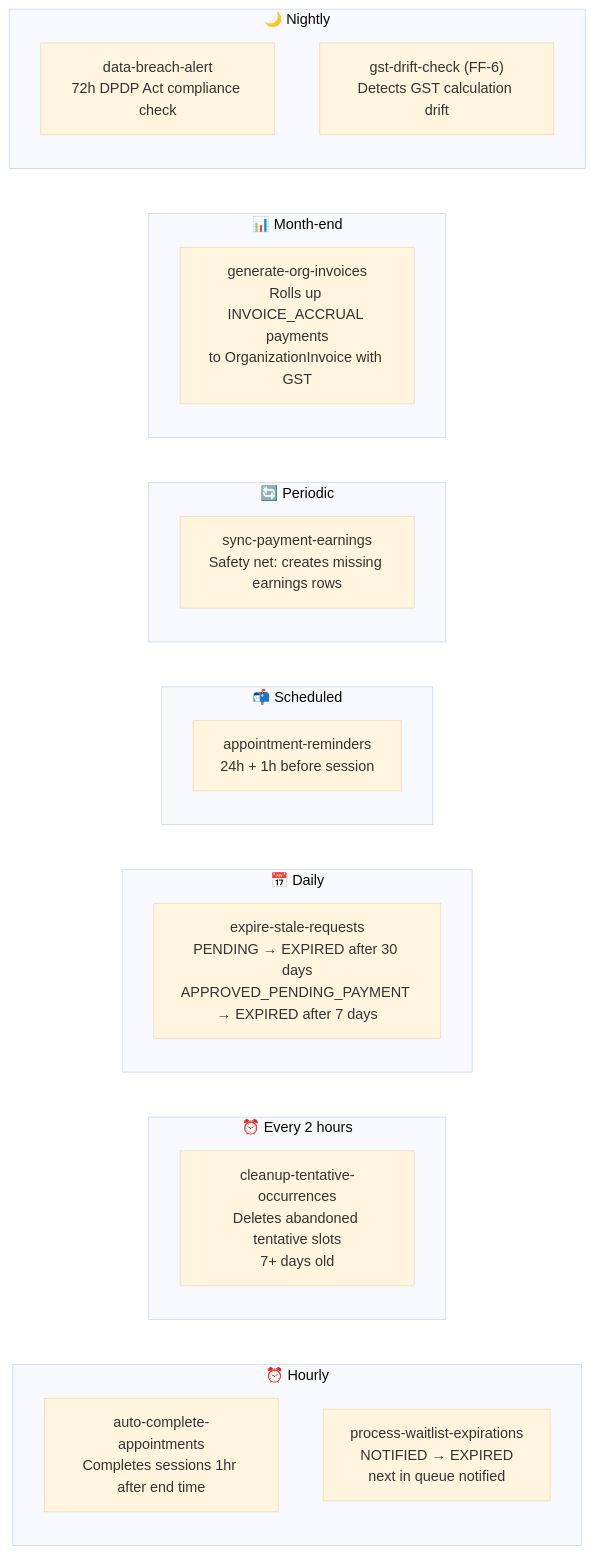
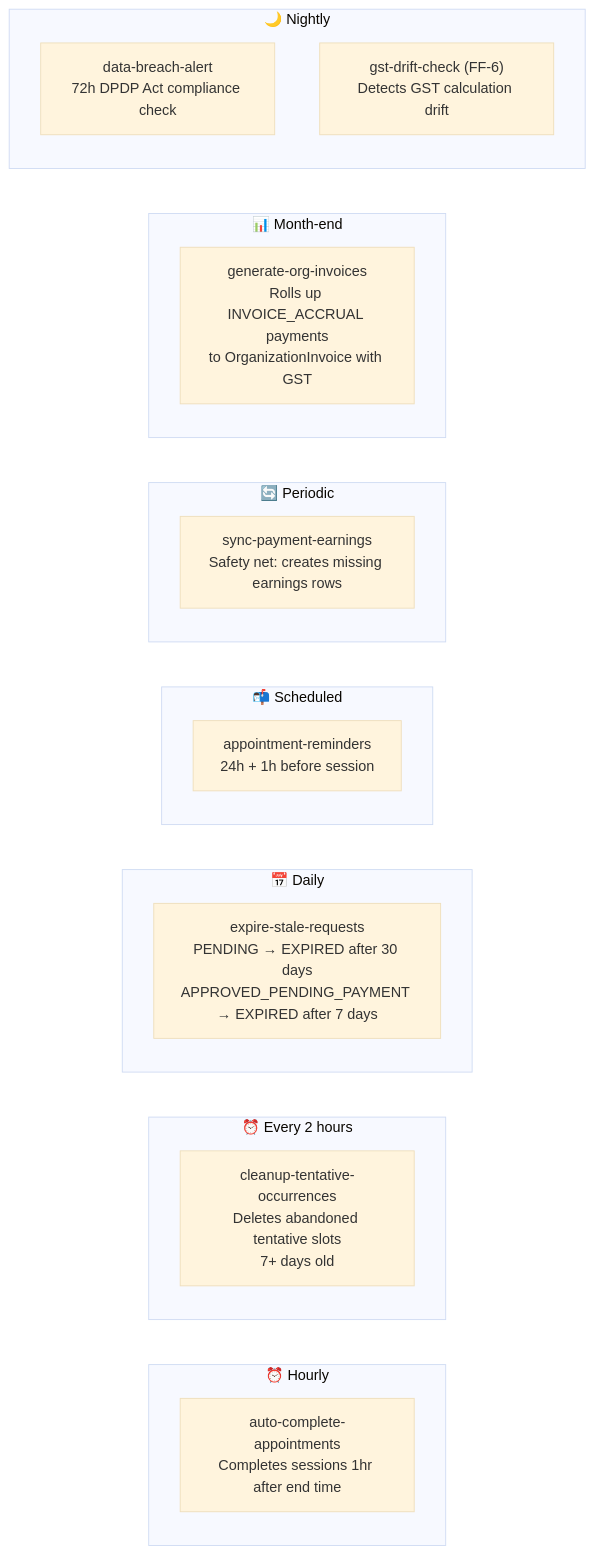
One commit to Practitionist/familiarise_web changed diagram 16 of 17 in docs/architecture/product-flow-map.md. Above: the diagram before and after it, drawn with Mermaid (base theme). The commit also changed other lines of this file and 4 other files, not shown here.

````diff
--- a/docs/architecture/product-flow-map.md
+++ b/docs/architecture/product-flow-map.md
@@ -551,32 +511,31 @@
 ```mermaid
 flowchart LR
     subgraph Hourly["⏰ Hourly"]
         AC["auto-complete-appointments\nCompletes sessions 1hr after end time"]
-        PWE["process-waitlist-expirations\nNOTIFIED → EXPIRED\nnext in queue notified"]
     end
 
     subgraph Every2h["⏰ Every 2 hours"]
         CTS["cleanup-tentative-occurrences\nDeletes abandoned tentative slots\n7+ days old"]
     end
 
     subgraph Daily["📅 Daily"]
         ESR["expire-stale-requests\nPENDING → EXPIRED after 30 days\nAPPROVED_PENDING_PAYMENT → EXPIRED after 7 days"]
     end
 
     subgraph Scheduled["📬 Scheduled"]
         AR["appointment-reminders\n24h + 1h before session"]
     end
 
     subgraph Periodic["🔄 Periodic"]
         SPE["sync-payment-earnings\nSafety net: creates missing earnings rows"]
     end
 
     subgraph MonthEnd["📊 Month-end"]
         GOI["generate-org-invoices\nRolls up INVOICE_ACCRUAL payments\nto OrganizationInvoice with GST"]
     end
 
     subgraph Nightly["🌙 Nightly"]
         DBA["data-breach-alert\n72h DPDP Act compliance check"]
         GDC["gst-drift-check (FF-6)\nDetects GST calculation drift"]
     end
 ```
````
